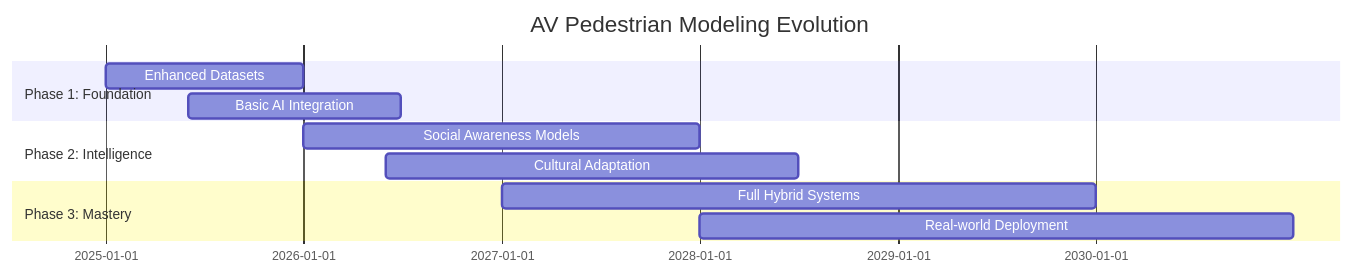
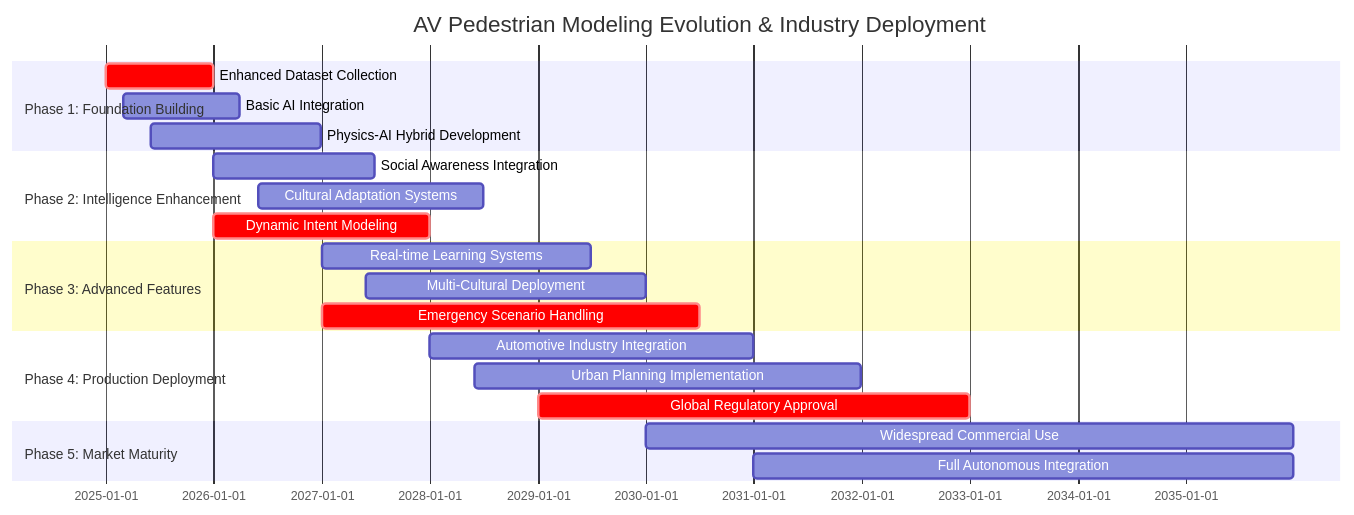
The fourth of 11 diagrams in docs/gaps_analysis.md (ju-baer/PedSim4AV), drawn with Mermaid before and after one commit. The commit also changed other lines of this file, not shown here.

````diff
--- a/docs/gaps_analysis.md
+++ b/docs/gaps_analysis.md
@@ -761,14 +807,29 @@
 ```mermaid
 gantt
-    title AV Pedestrian Modeling Evolution
+    title AV Pedestrian Modeling Evolution & Industry Deployment
     dateFormat  YYYY-MM-DD
-    section Phase 1: Foundation
-    Enhanced Datasets        :a1, 2025-01-01, 2025-12-31
-    Basic AI Integration     :a2, 2025-06-01, 2026-06-30
-    section Phase 2: Intelligence  
-    Social Awareness Models  :b1, 2026-01-01, 2027-12-31
-    Cultural Adaptation      :b2, 2026-06-01, 2028-06-30
-    section Phase 3: Mastery
-    Full Hybrid Systems      :c1, 2027-01-01, 2029-12-31
-    Real-world Deployment    :c2, 2028-01-01, 2030-12-31
+    
+    section Phase 1: Foundation Building
+    Enhanced Dataset Collection    :crit, foundation1, 2025-01-01, 2025-12-31
+    Basic AI Integration          :foundation2, 2025-03-01, 2026-03-31
+    Physics-AI Hybrid Development:foundation3, 2025-06-01, 2026-12-31
+    
+    section Phase 2: Intelligence Enhancement
+    Social Awareness Integration  :intel1, 2026-01-01, 2027-06-30
+    Cultural Adaptation Systems   :intel2, 2026-06-01, 2028-06-30
+    Dynamic Intent Modeling       :crit, intel3, 2026-01-01, 2027-12-31
+    
+    section Phase 3: Advanced Features
+    Real-time Learning Systems    :advanced1, 2027-01-01, 2029-06-30
+    Multi-Cultural Deployment     :advanced2, 2027-06-01, 2029-12-31
+    Emergency Scenario Handling   :crit, advanced3, 2027-01-01, 2030-06-30
+    
+    section Phase 4: Production Deployment
+    Automotive Industry Integration:deploy1, 2028-01-01, 2030-12-31
+    Urban Planning Implementation  :deploy2, 2028-06-01, 2031-12-31
+    Global Regulatory Approval     :crit, deploy3, 2029-01-01, 2032-12-31
+    
+    section Phase 5: Market Maturity
+    Widespread Commercial Use      :mature1, 2030-01-01, 2035-12-31
+    Full Autonomous Integration    :mature2, 2031-01-01, 2035-12-31
 ```
````
